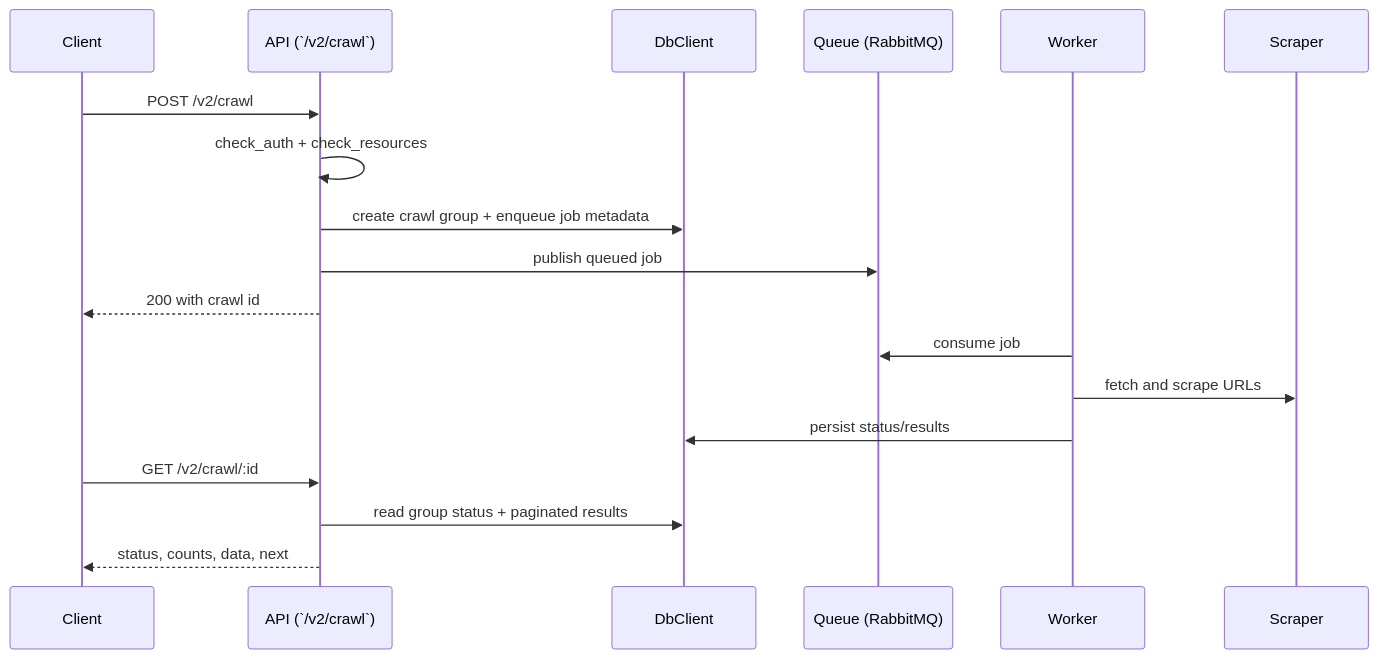
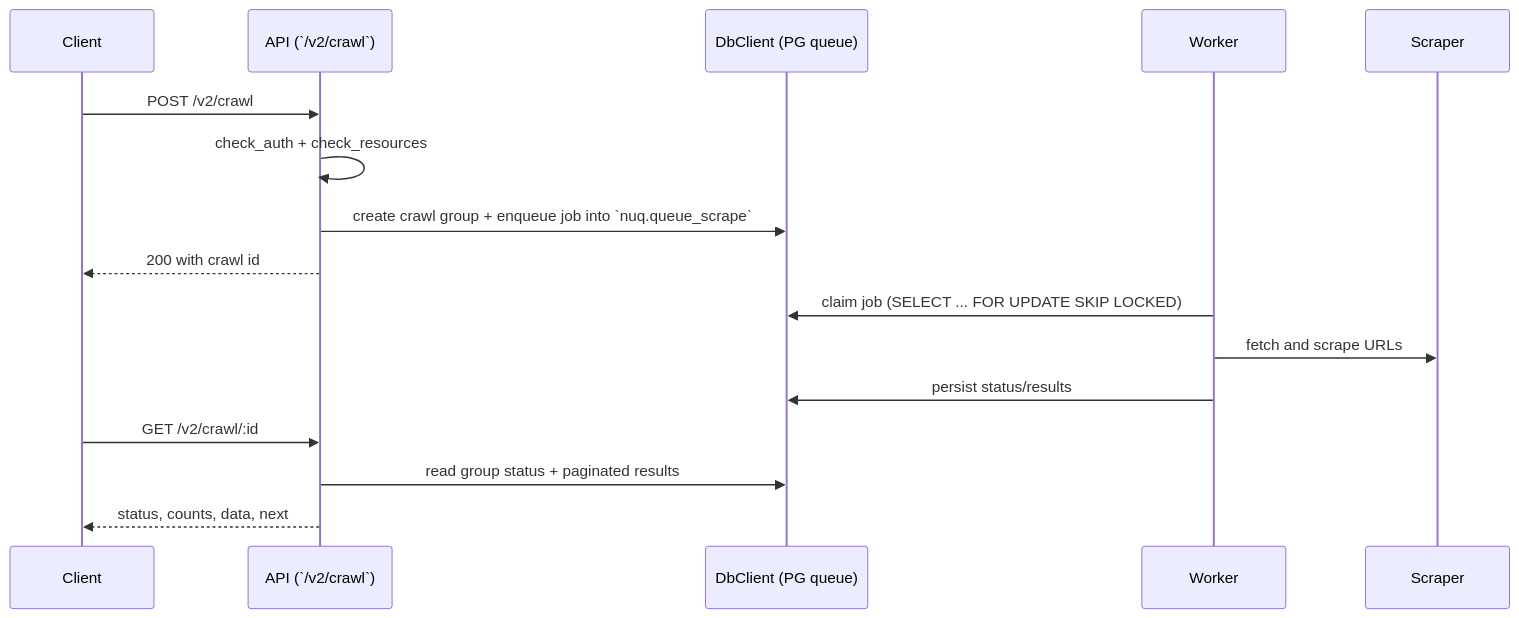
Before and after one commit to cipher-rc5/fire_ctrl: the second of 2 diagrams in docs/architecture.md, drawn with Mermaid. The commit also changed other lines of this file and 15 other files, not shown here.

First line of the commit message:
refactor: remove RabbitMQ + reconcile architecture docs with Postgres-queue reality

````diff
--- a/docs/architecture.md
+++ b/docs/architecture.md
@@ -45,23 +44,21 @@
 ```mermaid
 sequenceDiagram
     participant C as Client
     participant A as API (`/v2/crawl`)
-    participant D as DbClient
-    participant Q as Queue (RabbitMQ)
+    participant D as DbClient (PG queue)
     participant W as Worker
     participant S as Scraper
 
     C->>A: POST /v2/crawl
     A->>A: check_auth + check_resources
-    A->>D: create crawl group + enqueue job metadata
-    A->>Q: publish queued job
+    A->>D: create crawl group + enqueue job into `nuq.queue_scrape`
     A-->>C: 200 with crawl id
 
-    W->>Q: consume job
+    W->>D: claim job (SELECT ... FOR UPDATE SKIP LOCKED)
     W->>S: fetch and scrape URLs
     W->>D: persist status/results
 
     C->>A: GET /v2/crawl/:id
     A->>D: read group status + paginated results
     A-->>C: status, counts, data, next
 ```
````
